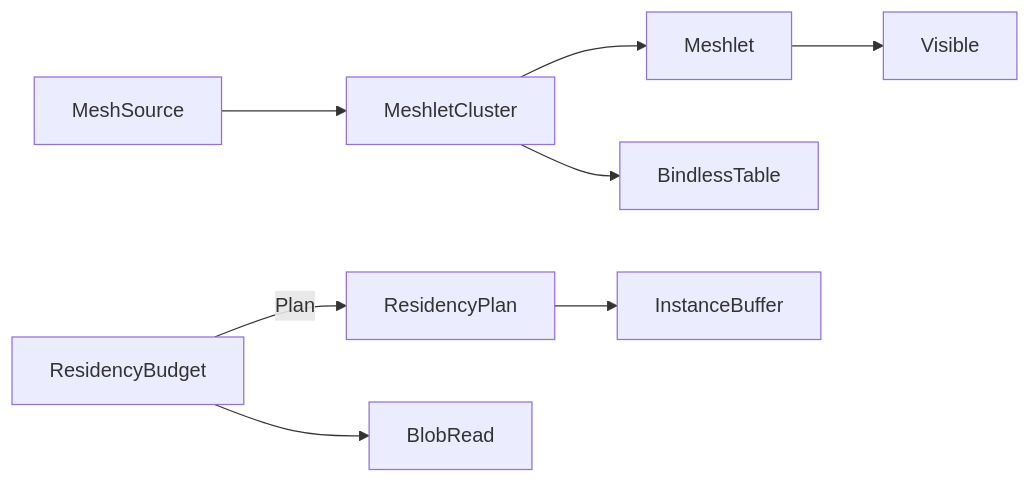
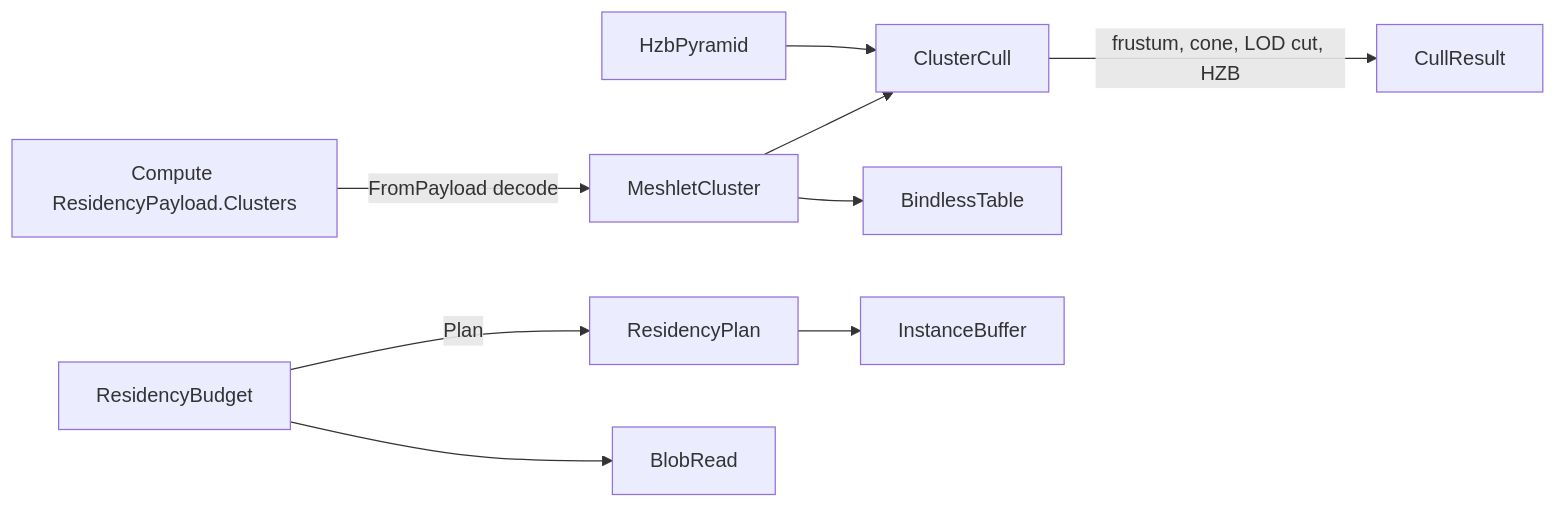
The diagram in libs/csharp/Rasm.AppUi/.planning/Render/meshlets.md (bsamiee/Rasm), drawn with Mermaid before and after one commit. The commit also changed other lines of this file and 194 other files, not shown here.

````diff
--- a/libs/csharp/Rasm.AppUi/.planning/Render/meshlets.md
+++ b/libs/csharp/Rasm.AppUi/.planning/Render/meshlets.md
@@ -148,10 +253,11 @@
 ```mermaid
 flowchart LR
-    MeshSource --> MeshletCluster
-    MeshletCluster --> Meshlet
-    Meshlet --> Visible
+    Payload["Compute ResidencyPayload.Clusters"] -->|FromPayload decode| MeshletCluster
+    MeshletCluster --> ClusterCull
+    ClusterCull -->|frustum, cone, LOD cut, HZB| CullResult
+    HzbPyramid --> ClusterCull
     MeshletCluster --> BindlessTable
     ResidencyBudget -->|Plan| ResidencyPlan
     ResidencyPlan --> InstanceBuffer
     ResidencyBudget --> BlobRead
 ```
````
